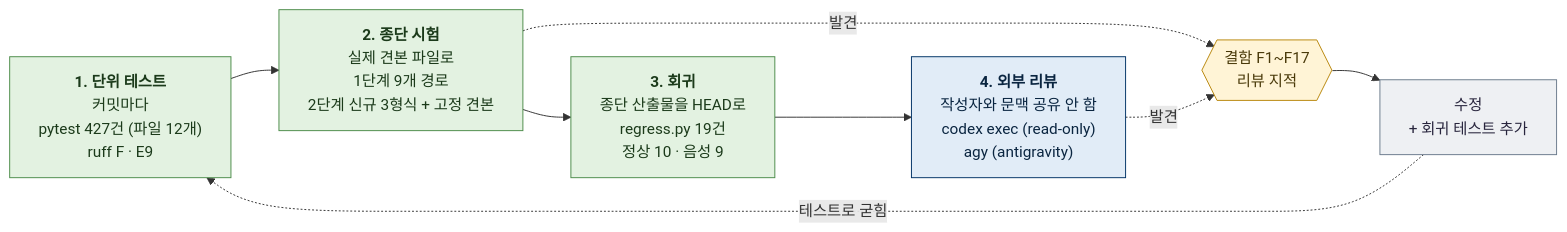
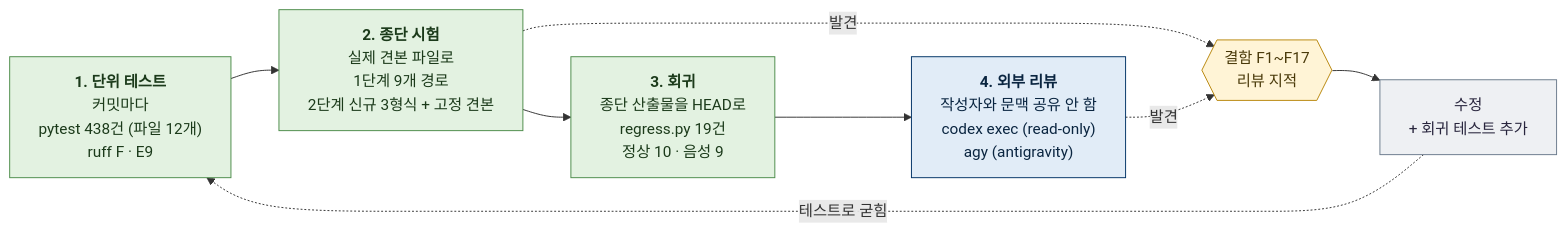
One commit to yarang/skills-for-work changed the diagram in docu-writer/docs/diagrams/quality-layers.mmd. Above: the diagram before and after it, drawn with Mermaid. The commit also changed 22 other files, not shown here.

```diff
--- a/docu-writer/docs/diagrams/quality-layers.mmd
+++ b/docu-writer/docs/diagrams/quality-layers.mmd
@@ -1,23 +1,23 @@
 %% 개발 품질은 네 겹으로 지킨다: 단위 테스트, 실제 파일로 도는 종단 시험, 그 산출물을 HEAD 코드로 다시 돌리는 회귀, 외부 모델 리뷰. 찾은 결함은 고친 뒤 테스트로 굳힌다
 %%{init: {"flowchart": {"wrappingWidth": 360}}}%%
 flowchart LR
-  T1["<b>1. 단위 테스트</b><br/>커밋마다<br/>pytest 427건 (파일 12개)<br/>ruff F · E9"]
+  T1["<b>1. 단위 테스트</b><br/>커밋마다<br/>pytest 438건 (파일 12개)<br/>ruff F · E9"]
   E1["<b>2. 종단 시험</b><br/>실제 견본 파일로<br/>1단계 9개 경로<br/>2단계 신규 3형식 + 고정 견본"]
   G1["<b>3. 회귀</b><br/>종단 산출물을 HEAD로<br/>regress.py 19건<br/>정상 10 · 음성 9"]
   X1["<b>4. 외부 리뷰</b><br/>작성자와 문맥 공유 안 함<br/>codex exec (read-only)<br/>agy (antigravity)"]
   F{{"결함 F1~F17<br/>리뷰 지적"}}
   FIX["수정<br/>+ 회귀 테스트 추가"]
   T1 --> E1 --> G1 --> X1
   E1 -.->|발견| F
   X1 -.->|발견| F
   F --> FIX
   FIX -.->|테스트로 굳힘| T1
 
   classDef done fill:#E3F2E1,stroke:#4C8C4A,color:#1B3A1A
   classDef agent fill:#E1ECF7,stroke:#003366,color:#0A2540
   classDef gate fill:#FFF4D6,stroke:#B8860B,color:#4A3A0A
   classDef main fill:#EEF0F3,stroke:#6B7B8C,color:#28253D
   class T1,E1,G1 done
   class X1 agent
   class F gate
   class FIX main
```
